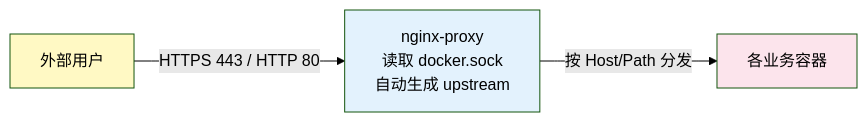
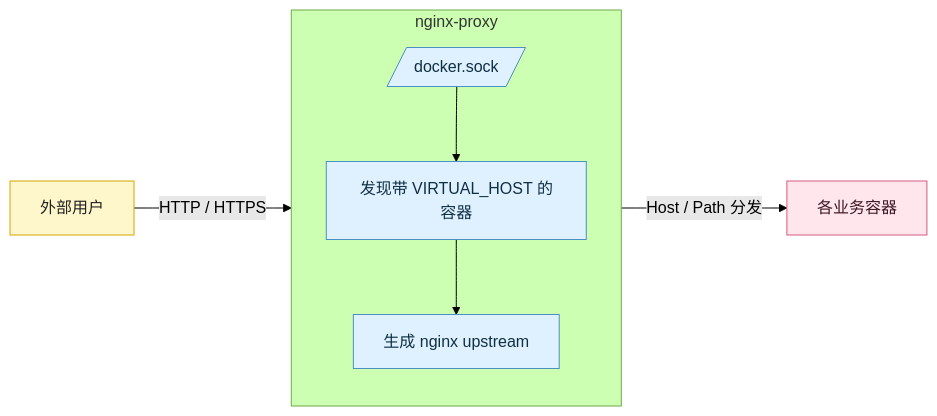
Before and after one commit to puppylpg/puppylpg.github.io: the second of 10 diagrams in _ai/2026-06-08-vps-docker-panorama-v2ray-v4-to-v5-upgrade.md, drawn with Mermaid (forest theme). The commit also changed other lines of this file, not shown here.

Commit message:
docs: optimize Mermaid diagrams for VPS Docker overview

````diff
--- a/_ai/2026-06-08-vps-docker-panorama-v2ray-v4-to-v5-upgrade.md
+++ b/_ai/2026-06-08-vps-docker-panorama-v2ray-v4-to-v5-upgrade.md
@@ -53,9 +73,24 @@
 ```mermaid
 flowchart LR
-    A[外部用户] -->|HTTPS 443 / HTTP 80| B[nginx-proxy<br/>读取 docker.sock<br/>自动生成 upstream]
-    B -->|按 Host/Path 分发| C[各业务容器]
+    user[外部用户]
 
-    style A fill:#fff9c4
-    style B fill:#e3f2fd
-    style C fill:#fce4ec
+    subgraph gateway[nginx-proxy]
+        direction TB
+        sock[/docker.sock/]
+        scan[发现带 VIRTUAL_HOST 的容器]
+        route[生成 nginx upstream]
+    end
+
+    apps[各业务容器]
+
+    user -->|HTTP / HTTPS| route
+    sock --> scan --> route
+    route -->|Host / Path 分发| apps
+
+    classDef user fill:#fff7cc,stroke:#d6a500,color:#222;
+    classDef gateway fill:#dff1ff,stroke:#4a90c2,color:#0f2f44;
+    classDef app fill:#ffe5ec,stroke:#d85a7f,color:#3b1723;
+    class user user;
+    class sock,scan,route gateway;
+    class apps app;
 ```
````
